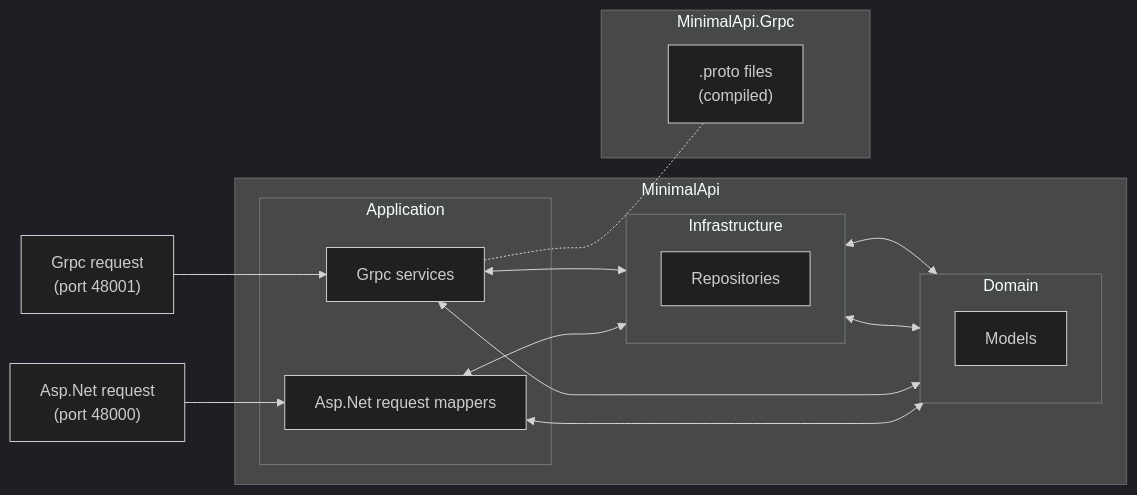
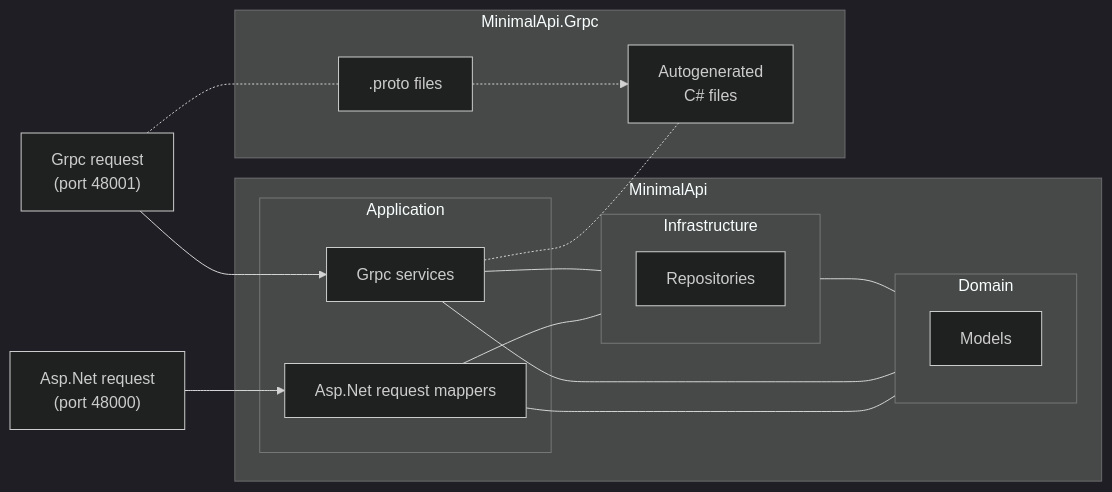
One commit to humaranah/MinimalApiWithGrpc changed the diagram in README.md. Above: the diagram before and after it, drawn with Mermaid (dark theme).

````diff
--- a/README.md
+++ b/README.md
@@ -6,28 +6,31 @@
 ```mermaid
 flowchart LR
     A["Asp.Net request<br>(port 48000)"]
     B["Grpc request<br>(port 48001)"]
 
     subgraph G1["MinimalApi"]
         subgraph G11["Application"]
             C["Asp.Net request mappers"]
             D["Grpc services"]
         end
         subgraph G12["Domain"]
             E["Models"]
         end
         subgraph G13["Infrastructure"]
             F["Repositories"]
         end
     end
 
     subgraph G2["MinimalApi.Grpc"]
-        G[".proto files<br>(compiled)"]
+        H[".proto files"]
+        G["Autogenerated<br>C# files"]
     end
 
-    A --> C <--> G12
-    B --> D <--> G12
-    C <--> G13 <--> G12
-    D <--> G13 <--> G12
+    A --> C --- G12
+    B --> D --- G12
+    C --- G13 --- G12
+    D --- G13
+    H -.-> G
     D <-.- G
+    B <-.- H
 ```
````
